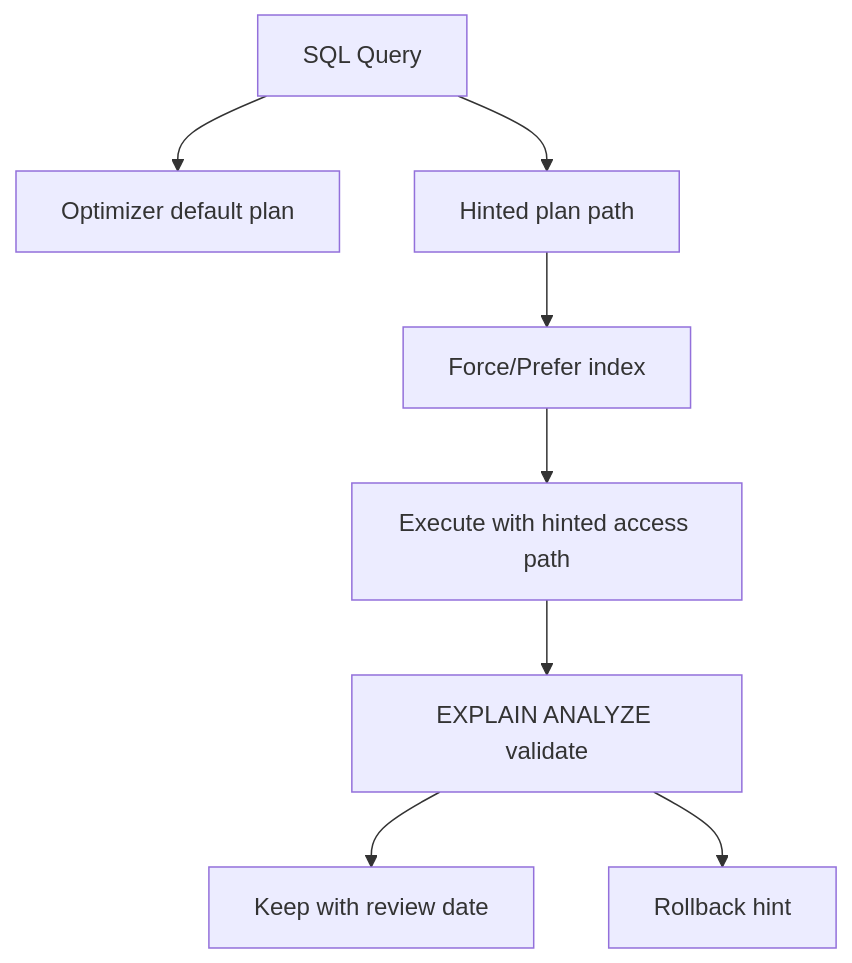
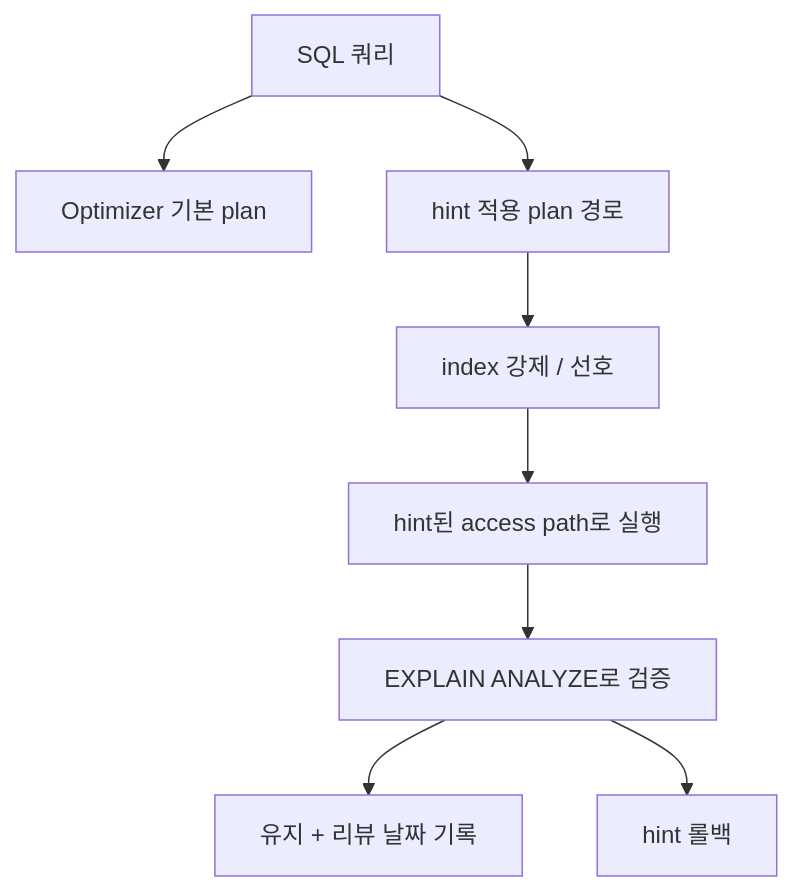
One commit to mandoobox/mandoobox.github.io changed diagram 18 of 54 in _posts/cs-note/2026-02-27-database.md. Above: the diagram before and after it, drawn with Mermaid. The commit also changed other lines of this file and 18 other files, not shown here.

````diff
--- a/_posts/cs-note/2026-02-27-database.md
+++ b/_posts/cs-note/2026-02-27-database.md
@@ -633,10 +634,10 @@
 ```mermaid
 flowchart TD
-  Q[SQL Query] --> OPT[Optimizer default plan]
-  Q --> H[Hinted plan path]
-  H --> IDX["Force/Prefer index"]
-  IDX --> EXEC[Execute with hinted access path]
-  EXEC --> CHECK["EXPLAIN ANALYZE validate"]
-  CHECK --> KEEP["Keep with review date"]
-  CHECK --> DROP["Rollback hint"]
+  Q[SQL 쿼리] --> OPT[Optimizer 기본 plan]
+  Q --> H[hint 적용 plan 경로]
+  H --> IDX["index 강제 / 선호"]
+  IDX --> EXEC[hint된 access path로 실행]
+  EXEC --> CHECK["EXPLAIN ANALYZE로 검증"]
+  CHECK --> KEEP["유지 + 리뷰 날짜 기록"]
+  CHECK --> DROP["hint 롤백"]
 ```
````
